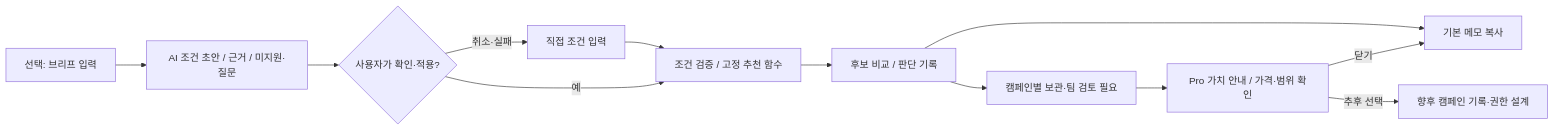
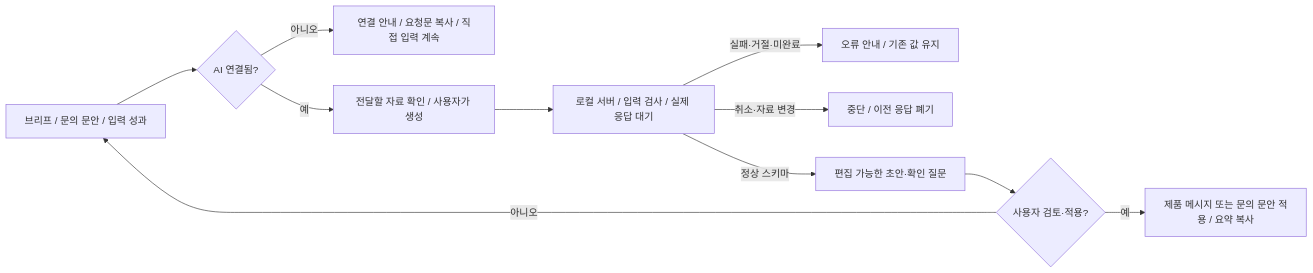
One commit to vk2commits/creator-match changed the third of 3 diagrams in flowchart.md. Above: the diagram before and after it, drawn with Mermaid. The commit also changed other lines of this file and 10 other files, not shown here.

````diff
--- a/flowchart.md
+++ b/flowchart.md
@@ -85,14 +118,13 @@
 ```mermaid
 flowchart LR
-    A["직접 조건 입력"] --> E["조건 검증 / 고정 추천 함수"]
-    B["선택: 브리프 입력"] --> C["AI 조건 초안 / 근거 / 미지원·질문"]
-    C --> D{"사용자가 확인·적용?"}
-    D -- 예 --> E
-    D -- 취소·실패 --> A
-    E --> F["후보 비교 / 판단 기록"]
-    F --> G["기본 메모 복사"]
-    F --> H["캠페인별 보관·팀 검토 필요"]
-    H --> I["Pro 가치 안내 / 가격·범위 확인"]
-    I -- 닫기 --> G
-    I -- 추후 선택 --> J["향후 캠페인 기록·권한 설계"]
+    A["브리프 / 문의 문안 / 입력 성과"] --> B{"AI 연결됨?"}
+    B -- 아니오 --> C["연결 안내 / 요청문 복사 / 직접 입력 계속"]
+    B -- 예 --> D["전달할 자료 확인 / 사용자가 생성"]
+    D --> E["로컬 서버 / 입력 검사 / 실제 응답 대기"]
+    E -- 실패·거절·미완료 --> F["오류 안내 / 기존 값 유지"]
+    E -- 취소·자료 변경 --> G["중단 / 이전 응답 폐기"]
+    E -- 정상 스키마 --> H["편집 가능한 초안·확인 질문"]
+    H --> I{"사용자 검토·적용?"}
+    I -- 예 --> J["제품 메시지 또는 문의 문안 적용 / 요약 복사"]
+    I -- 아니오 --> A
 ```
````
